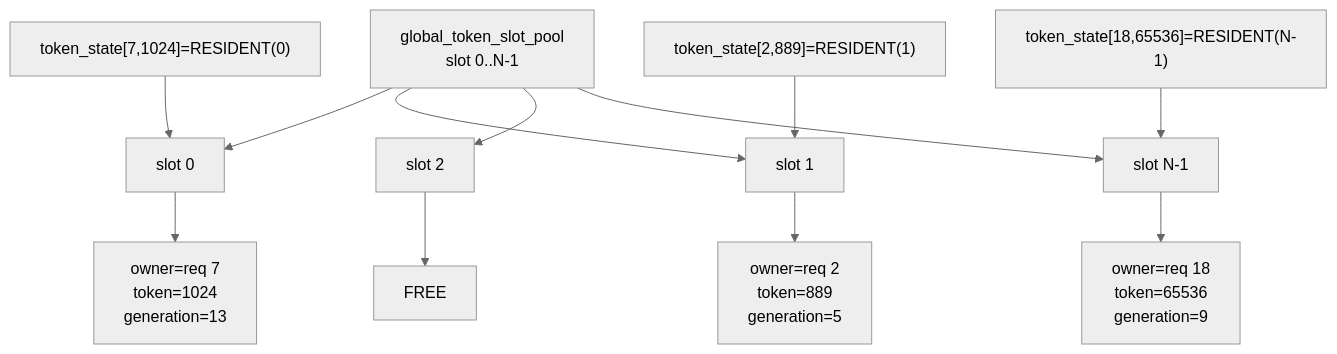
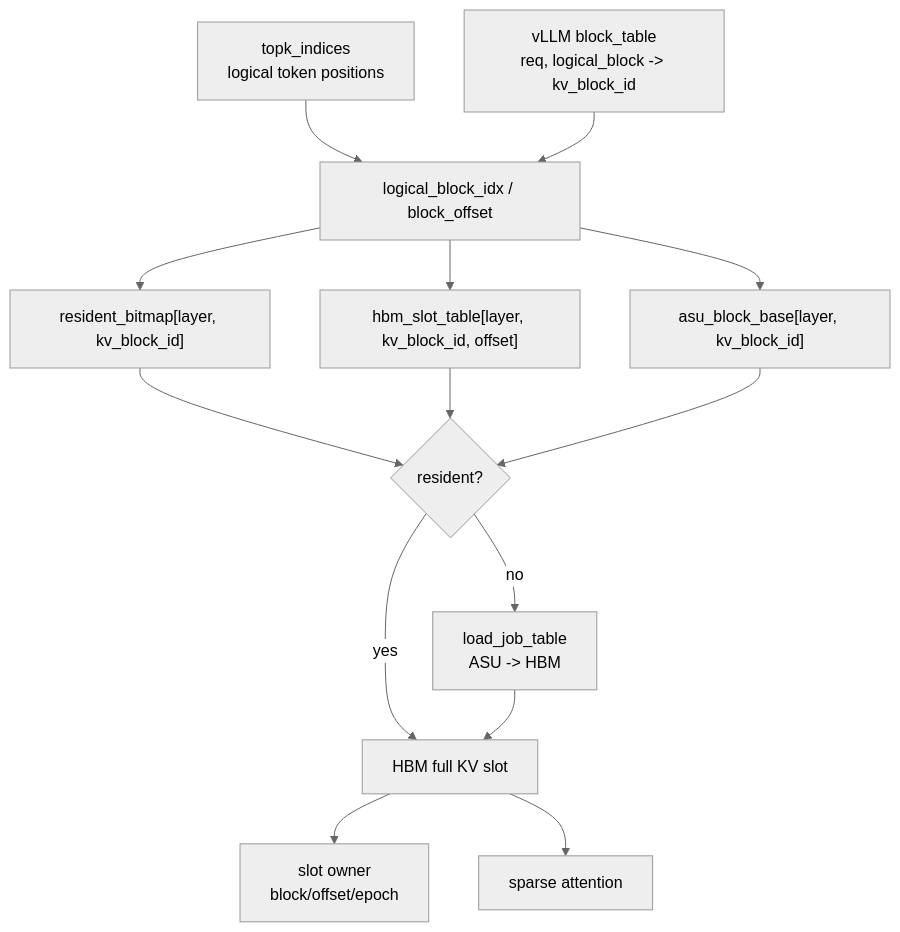
One commit to ykfnxx/ASU-Ascend changed the second of 8 diagrams in docs/draft/2026-06-02-npu-hbm-kvcache-management-draft.md. Above: the diagram before and after it, drawn with Mermaid (neutral theme). The commit also changed other lines of this file, not shown here.

Commit message:
Rewrite KVCache draft around block table

````diff
--- a/docs/draft/2026-06-02-npu-hbm-kvcache-management-draft.md
+++ b/docs/draft/2026-06-02-npu-hbm-kvcache-management-draft.md
@@ -116,16 +324,22 @@
 ```mermaid
 flowchart TB
-    Pool["global_token_slot_pool<br/>slot 0..N-1"] --> S0["slot 0"]
-    Pool --> S1["slot 1"]
-    Pool --> S2["slot 2"]
-    Pool --> SN["slot N-1"]
+    BT["vLLM block_table<br/>req, logical_block -> kv_block_id"]
+    TK["topk_indices<br/>logical token positions"]
 
-    S0 --> O0["owner=req 7<br/>token=1024<br/>generation=13"]
-    S1 --> O1["owner=req 2<br/>token=889<br/>generation=5"]
-    S2 --> O2["FREE"]
-    SN --> ON["owner=req 18<br/>token=65536<br/>generation=9"]
+    TK --> L1["logical_block_idx / block_offset"]
+    BT --> L1
+    L1 --> RB["resident_bitmap[layer, kv_block_id]"]
+    L1 --> ST["hbm_slot_table[layer, kv_block_id, offset]"]
+    L1 --> AB["asu_block_base[layer, kv_block_id]"]
 
-    T0["token_state[7,1024]=RESIDENT(0)"] --> S0
-    T1["token_state[2,889]=RESIDENT(1)"] --> S1
-    T2["token_state[18,65536]=RESIDENT(N-1)"] --> SN
+    RB --> Q{"resident?"}
+    ST --> Q
+    AB --> Q
+
+    Q -- "yes" --> HS["HBM full KV slot"]
+    Q -- "no" --> LD["load_job_table<br/>ASU -> HBM"]
+    LD --> HS
+
+    HS --> OW["slot owner<br/>block/offset/epoch"]
+    HS --> ATTN["sparse attention"]
 ```
````
